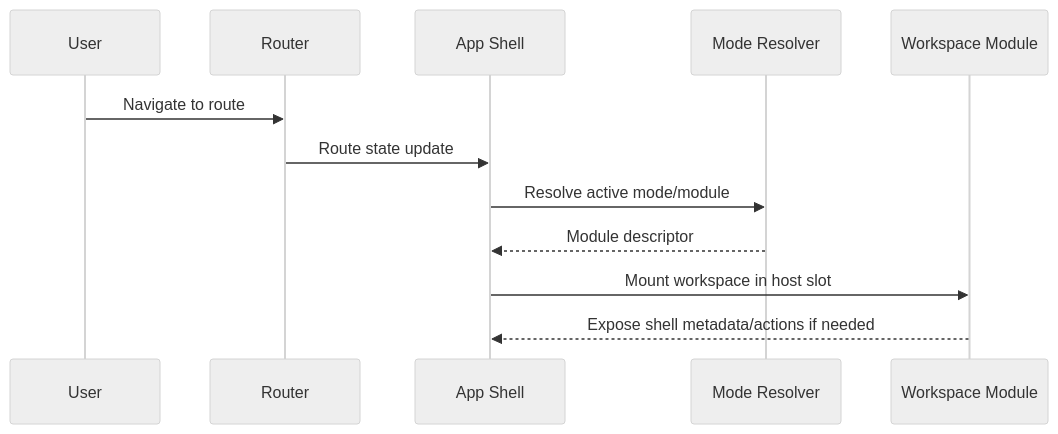
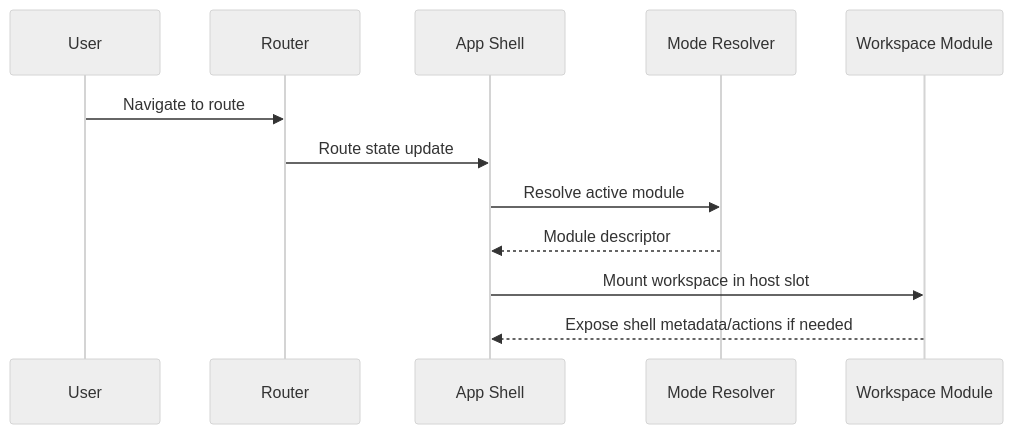
The fourth of 7 diagrams in docs/architecture/frontend/appshell/app-shell.md (dunay2/dvt), drawn with Mermaid (neutral theme) before and after one commit. The commit also changed other lines of this file and 21 other files, not shown here.

Commit message:
docs(docs): Document frontend architecture baseline and deepening plan

````diff
--- a/docs/architecture/frontend/appshell/app-shell.md
+++ b/docs/architecture/frontend/appshell/app-shell.md
@@ -311,15 +313,15 @@
 ```mermaid
 sequenceDiagram
     participant U as User
     participant R as Router
     participant S as App Shell
     participant M as Mode Resolver
     participant W as Workspace Module
 
     U->>R: Navigate to route
     R->>S: Route state update
-    S->>M: Resolve active mode/module
+    S->>M: Resolve active module
     M-->>S: Module descriptor
     S->>W: Mount workspace in host slot
     W-->>S: Expose shell metadata/actions if needed
 ```
````
